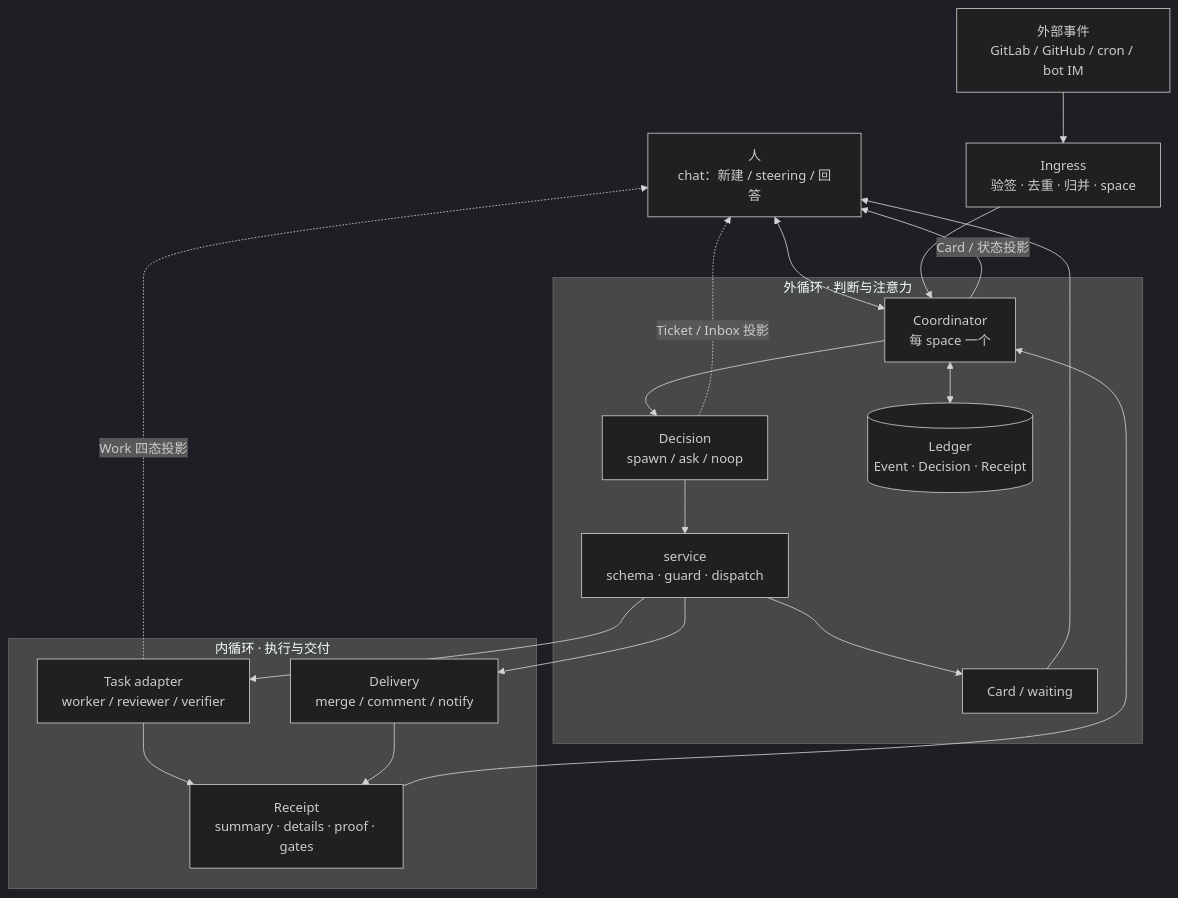
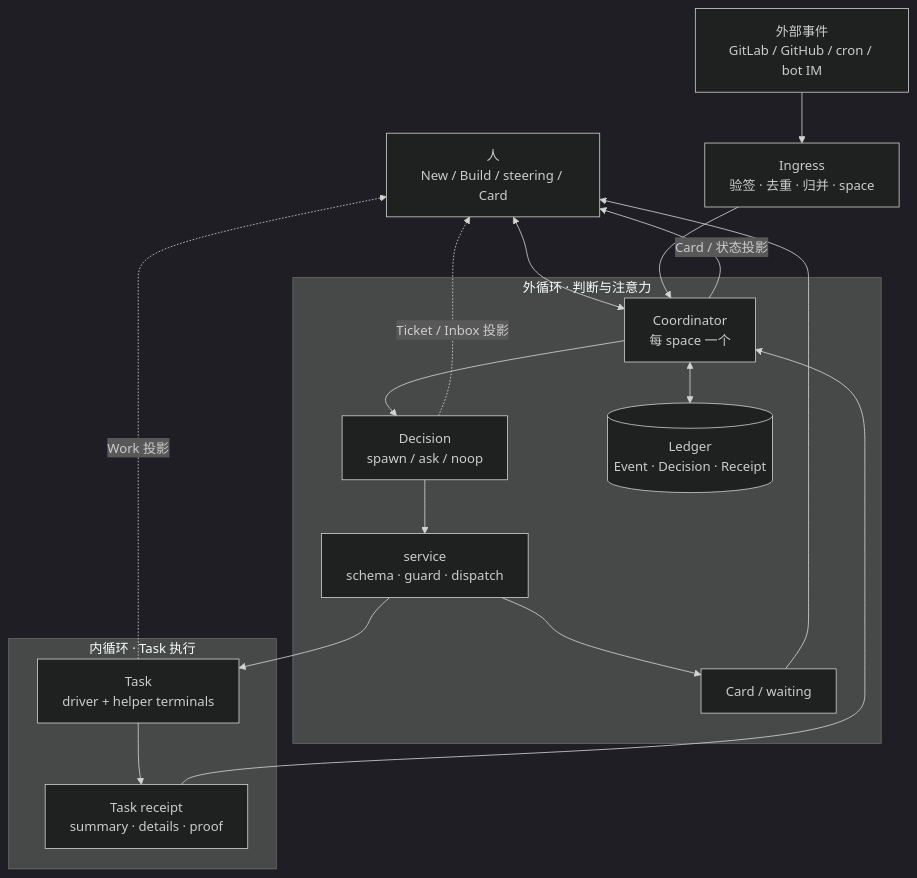
The first of 2 diagrams in docs/ARCHITECTURE.md (iodone/collie), drawn with Mermaid (dark theme) before and after one commit. The commit also changed other lines of this file and 1 other file, not shown here.

Commit message:
docs: align architecture and collaboration around task driver

````diff
--- a/docs/ARCHITECTURE.md
+++ b/docs/ARCHITECTURE.md
@@ -36,27 +33,25 @@
 ```mermaid
 flowchart TB
-  H["人<br/>chat：新建 / steering / 回答"] <--> C["Coordinator<br/>每 space 一个"]
+  H["人<br/>New / Build / steering / Card"] <--> C["Coordinator<br/>每 space 一个"]
   E["外部事件<br/>GitLab / GitHub / cron / bot IM"] --> I["Ingress<br/>验签 · 去重 · 归并 · space"]
   I --> C
 
   subgraph OUTER["外循环 · 判断与注意力"]
     C --> D["Decision<br/>spawn / ask / noop"]
     D --> V["service<br/>schema · guard · dispatch"]
     V --> W["Card / waiting"]
     L[("Ledger<br/>Event · Decision · Receipt")]
     C <--> L
   end
 
-  subgraph INNER["内循环 · 执行与交付"]
-    V --> T["Task adapter<br/>worker / reviewer / verifier"]
-    V --> O["Delivery<br/>merge / comment / notify"]
-    T --> R["Receipt<br/>summary · details · proof · gates"]
-    O --> R
+  subgraph INNER["内循环 · Task 执行"]
+    V --> T["Task<br/>driver + helper terminals"]
+    T --> R["Task receipt<br/>summary · details · proof"]
     R --> C
   end
 
   W --> H
   C -->|"Card / 状态投影"| H
-  T -. "Work 四态投影" .-> H
+  T -. "Work 投影" .-> H
   D -. "Ticket / Inbox 投影" .-> H
 ```
````
